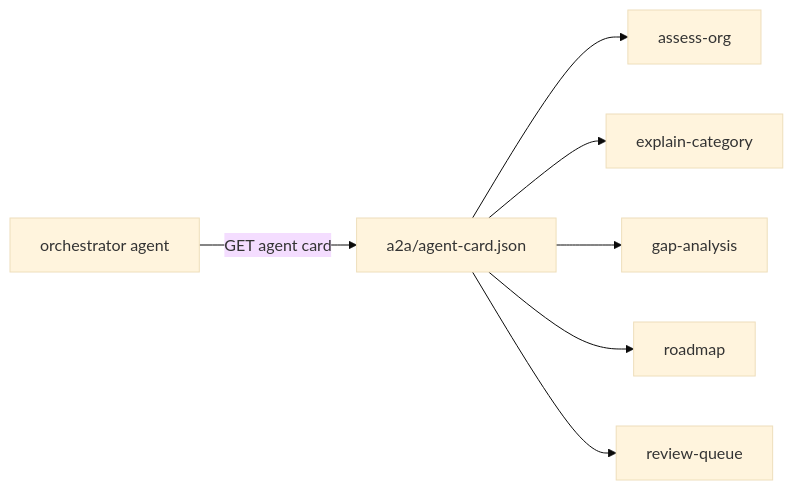
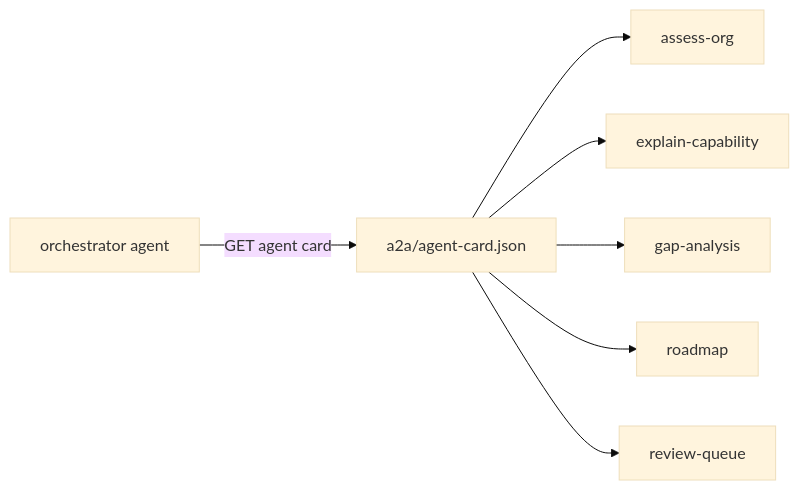
Before and after one commit to jagadishmazure-jpg/Jagadish-ai-maturity-assessment: the diagram in docs/components/a2a-agent-card.md, drawn with Mermaid (base theme). The commit also changed other lines of this file and 12 other files, not shown here.

````diff
--- a/docs/components/a2a-agent-card.md
+++ b/docs/components/a2a-agent-card.md
@@ -15,9 +15,9 @@
 ```mermaid
 flowchart LR
   O[orchestrator agent] -->|GET agent card| C[a2a/agent-card.json]
   C --> S1[assess-org]
-  C --> S2[explain-category]
+  C --> S2[explain-capability]
   C --> S3[gap-analysis]
   C --> S4[roadmap]
   C --> S5[review-queue]
 ```
````
